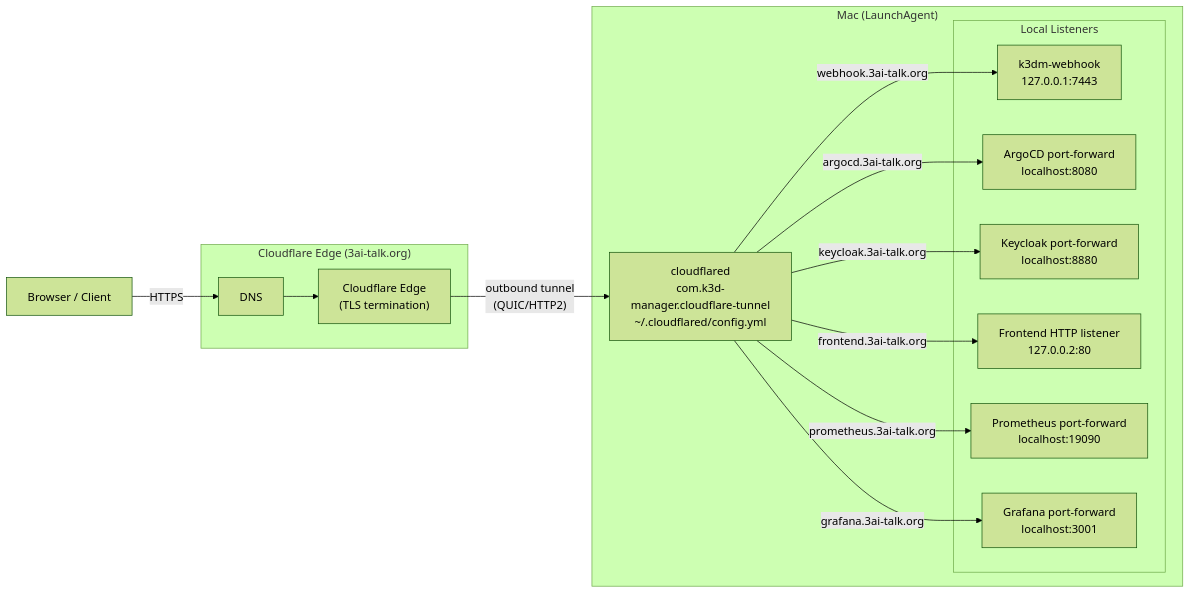
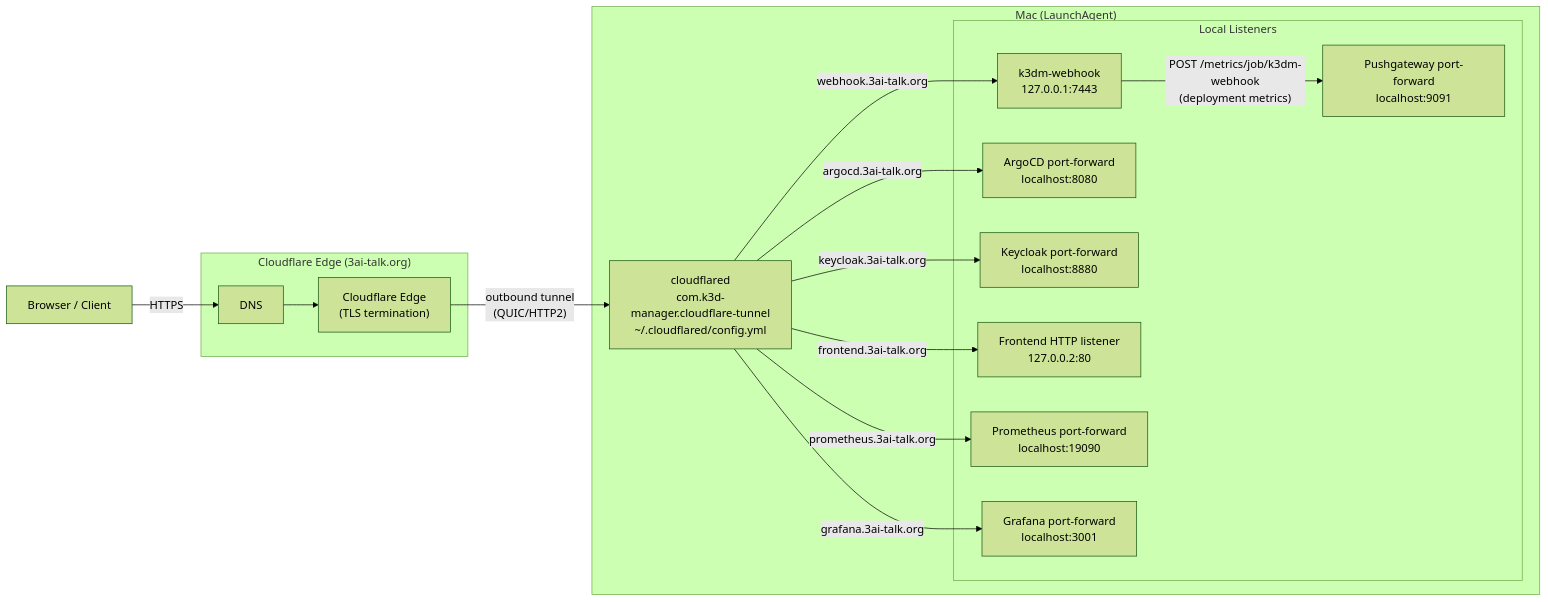
Before and after one commit to wilddog64/k3d-manager: the first of 2 diagrams in docs/architecture/cloudflare-slack-relay.md, drawn with Mermaid (forest theme). The commit also changed other lines of this file and 6 other files, not shown here.

First line of the commit message:
feat(observability): Prometheus Pushgateway + Grafana deployment metrics

````diff
--- a/docs/architecture/cloudflare-slack-relay.md
+++ b/docs/architecture/cloudflare-slack-relay.md
@@ -15,33 +15,35 @@
 ```mermaid
 flowchart LR
     Browser["Browser / Client"]
 
     subgraph CF["Cloudflare Edge (3ai-talk.org)"]
         DNS["DNS"]
         Edge["Cloudflare Edge\n(TLS termination)"]
     end
 
     subgraph Mac["Mac (LaunchAgent)"]
         CFD["cloudflared\ncom.k3d-manager.cloudflare-tunnel\n~/.cloudflared/config.yml"]
 
         subgraph Locals["Local Listeners"]
             WH["k3dm-webhook\n127.0.0.1:7443"]
             ARGO["ArgoCD port-forward\nlocalhost:8080"]
             KC["Keycloak port-forward\nlocalhost:8880"]
             FE["Frontend HTTP listener\n127.0.0.2:80"]
             PROM["Prometheus port-forward\nlocalhost:19090"]
             GRAF["Grafana port-forward\nlocalhost:3001"]
+            PGW["Pushgateway port-forward\nlocalhost:9091"]
         end
     end
 
     Browser -->|HTTPS| DNS
     DNS --> Edge
     Edge -->|"outbound tunnel\n(QUIC/HTTP2)"| CFD
 
     CFD -->|"webhook.3ai-talk.org"| WH
     CFD -->|"argocd.3ai-talk.org"| ARGO
     CFD -->|"keycloak.3ai-talk.org"| KC
     CFD -->|"frontend.3ai-talk.org"| FE
     CFD -->|"prometheus.3ai-talk.org"| PROM
     CFD -->|"grafana.3ai-talk.org"| GRAF
+    WH -->|"POST /metrics/job/k3dm-webhook\n(deployment metrics)"| PGW
 ```
````
